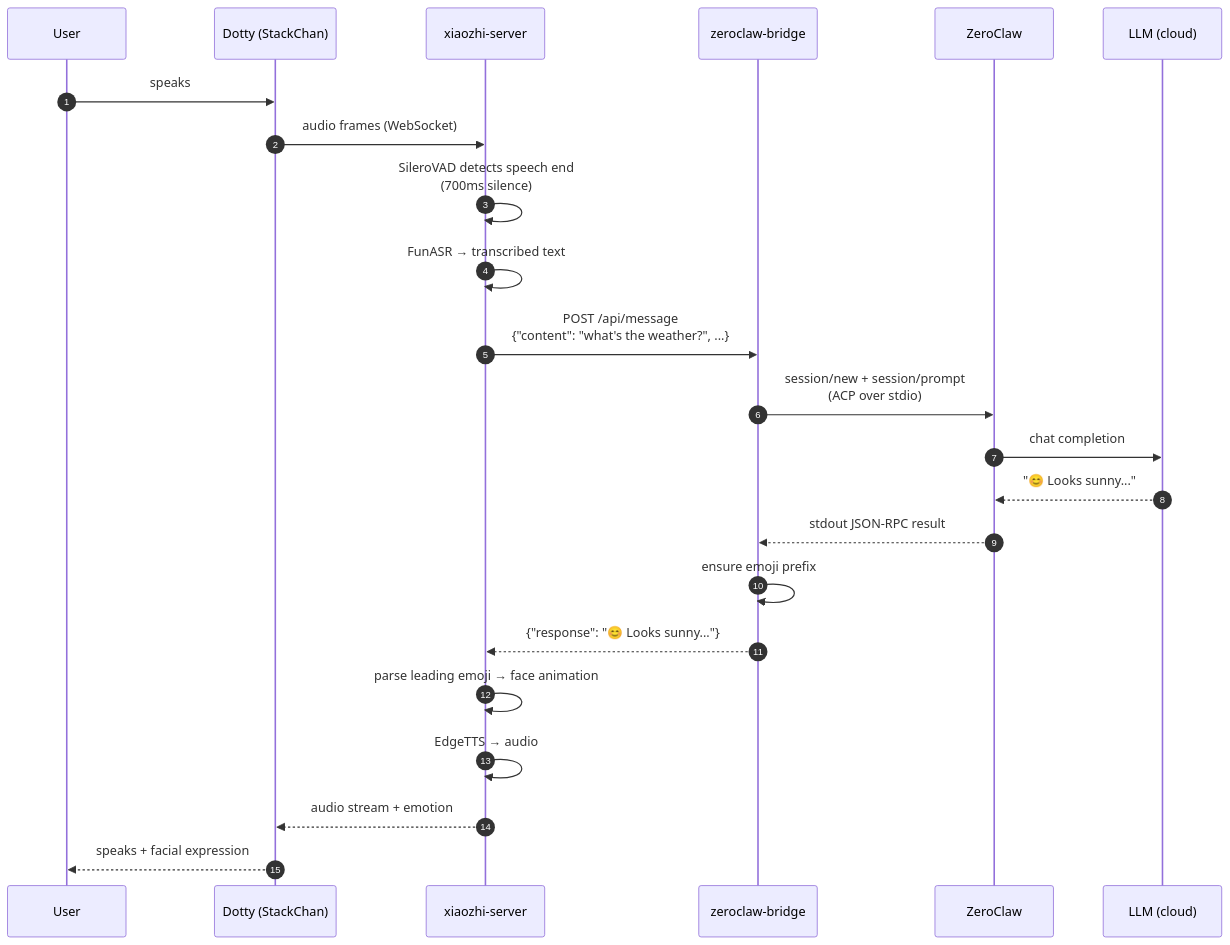
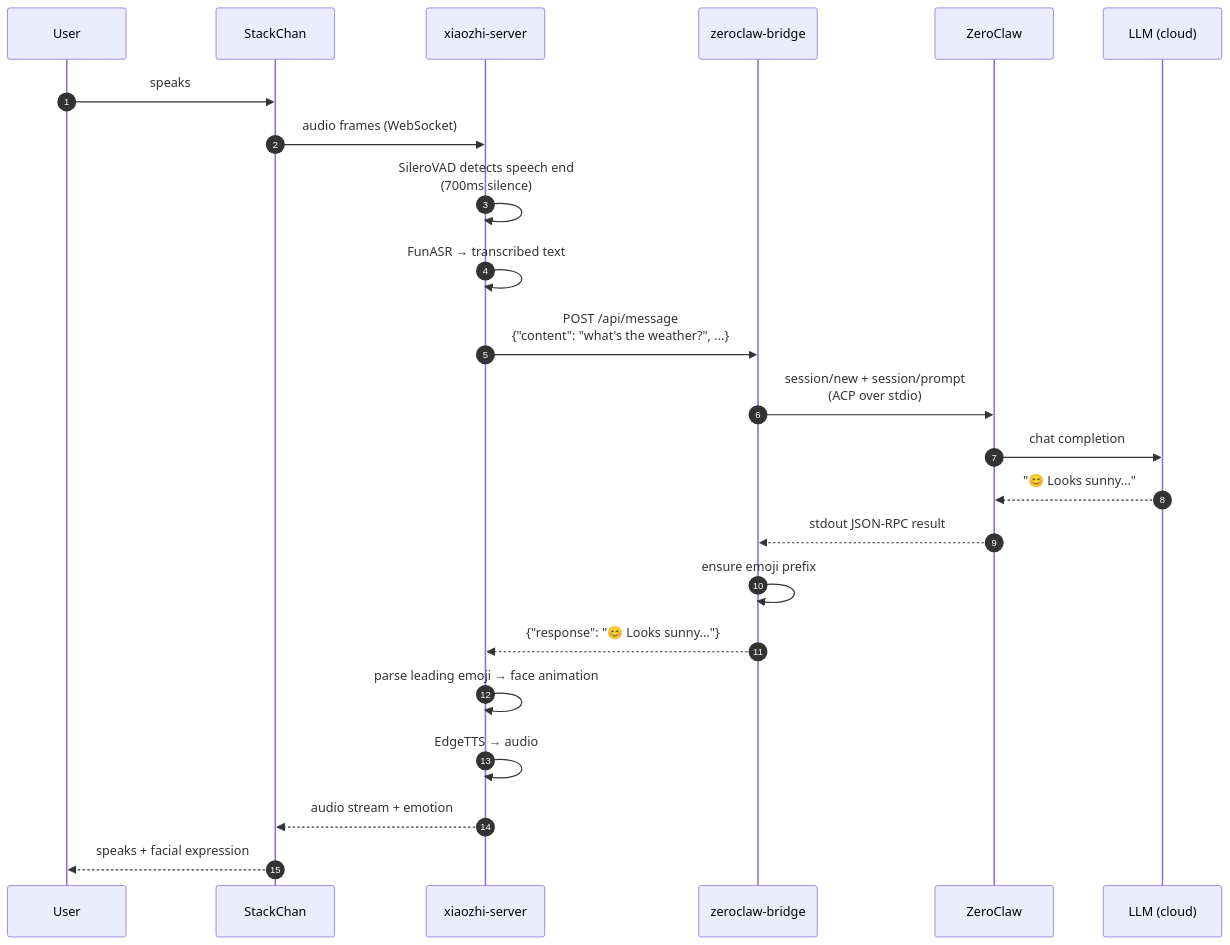
Before and after one commit to BrettKinny/dotty-stackchan: the second of 3 diagrams in README.md, drawn with Mermaid. The commit also changed other lines of this file and 12 other files, not shown here.

First line of the commit message:
Depersonalize public repo: "Dotty" → StackChan + <ROBOT_NAME>

````diff
--- a/README.md
+++ b/README.md
@@ -111,26 +114,26 @@
 ```mermaid
 sequenceDiagram
     autonumber
     participant User as User
-    participant SC as Dotty (StackChan)
+    participant SC as StackChan
     participant XZ as xiaozhi-server
     participant Br as zeroclaw-bridge
     participant ZC as ZeroClaw
     participant LLM as LLM (cloud)
 
     User->>SC: speaks
     SC->>XZ: audio frames (WebSocket)
     XZ->>XZ: SileroVAD detects speech end<br/>(700ms silence)
     XZ->>XZ: FunASR → transcribed text
     XZ->>Br: POST /api/message<br/>{"content": "what's the weather?", ...}
     Br->>ZC: session/new + session/prompt<br/>(ACP over stdio)
     ZC->>LLM: chat completion
     LLM-->>ZC: "😊 Looks sunny..."
     ZC-->>Br: stdout JSON-RPC result
     Br->>Br: ensure emoji prefix
     Br-->>XZ: {"response": "😊 Looks sunny..."}
     XZ->>XZ: parse leading emoji → face animation
     XZ->>XZ: EdgeTTS → audio
     XZ-->>SC: audio stream + emotion
     SC-->>User: speaks + facial expression
 ```
````
